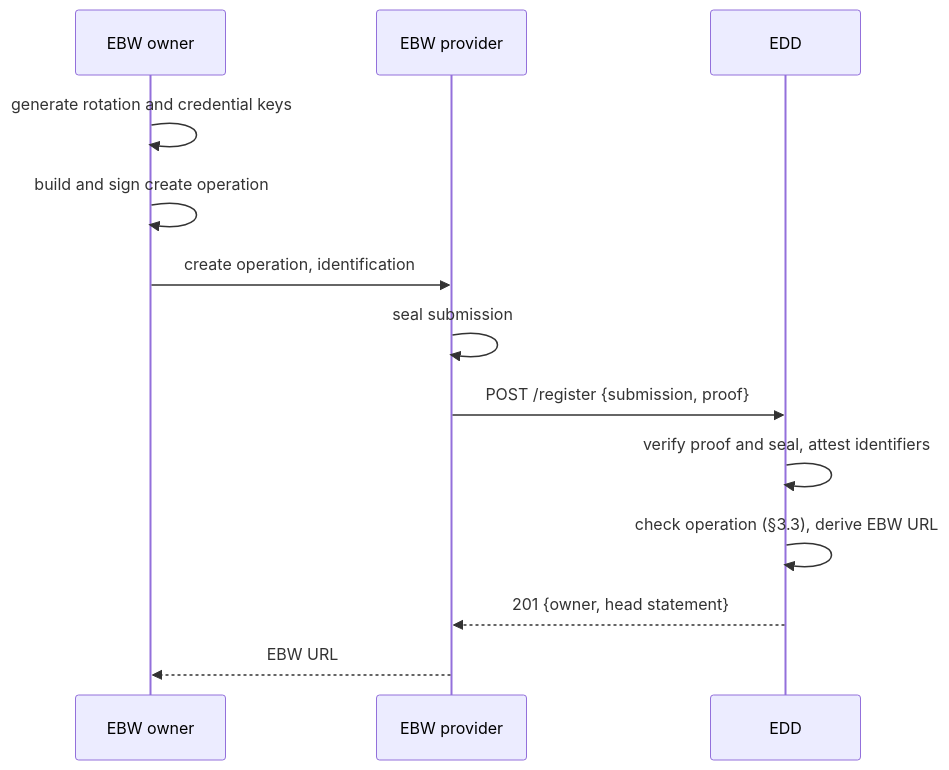
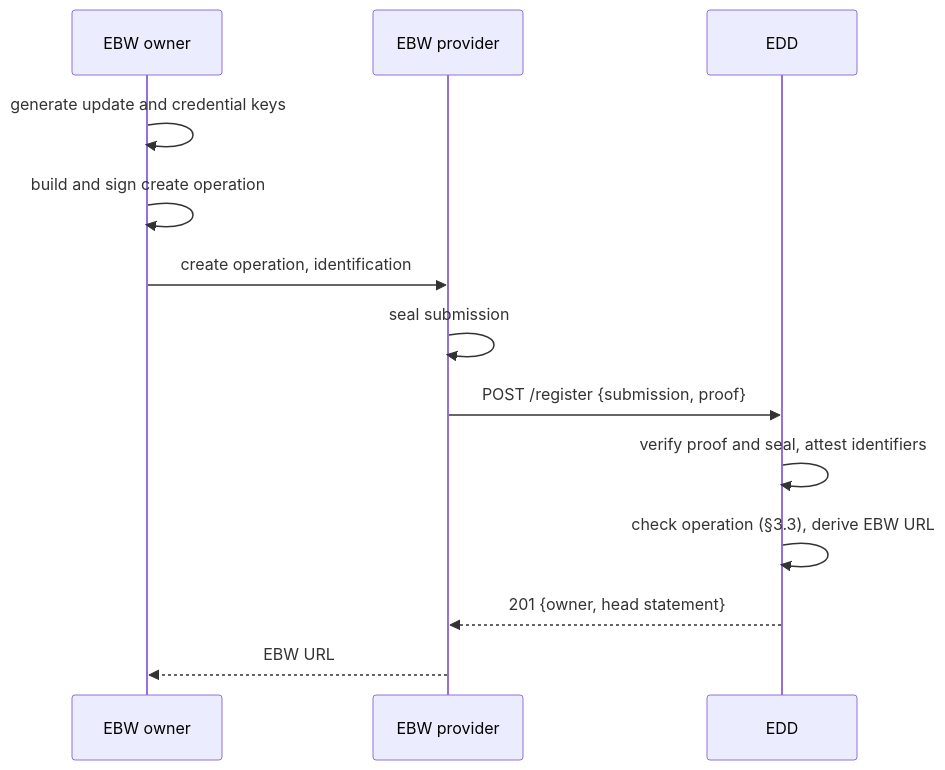
One commit to european-business-wallet/sccp changed the second of 2 diagrams in spec/01-discovery.md. Above: the diagram before and after it, drawn with Mermaid. The commit also changed other lines of this file and 100 other files, not shown here.

````diff
--- a/spec/01-discovery.md
+++ b/spec/01-discovery.md
@@ -408,15 +408,15 @@
 ```mermaid
 sequenceDiagram
     participant O as EBW owner
     participant P as EBW provider
     participant EDD
-    O->>O: generate rotation and credential keys
+    O->>O: generate update and credential keys
     O->>O: build and sign create operation
     O->>P: create operation, identification
     P->>P: seal submission
     P->>EDD: POST /register {submission, proof}
     EDD->>EDD: verify proof and seal, attest identifiers
     EDD->>EDD: check operation (§3.3), derive EBW URL
     EDD-->>P: 201 {owner, head statement}
     P-->>O: EBW URL
 ```
````
